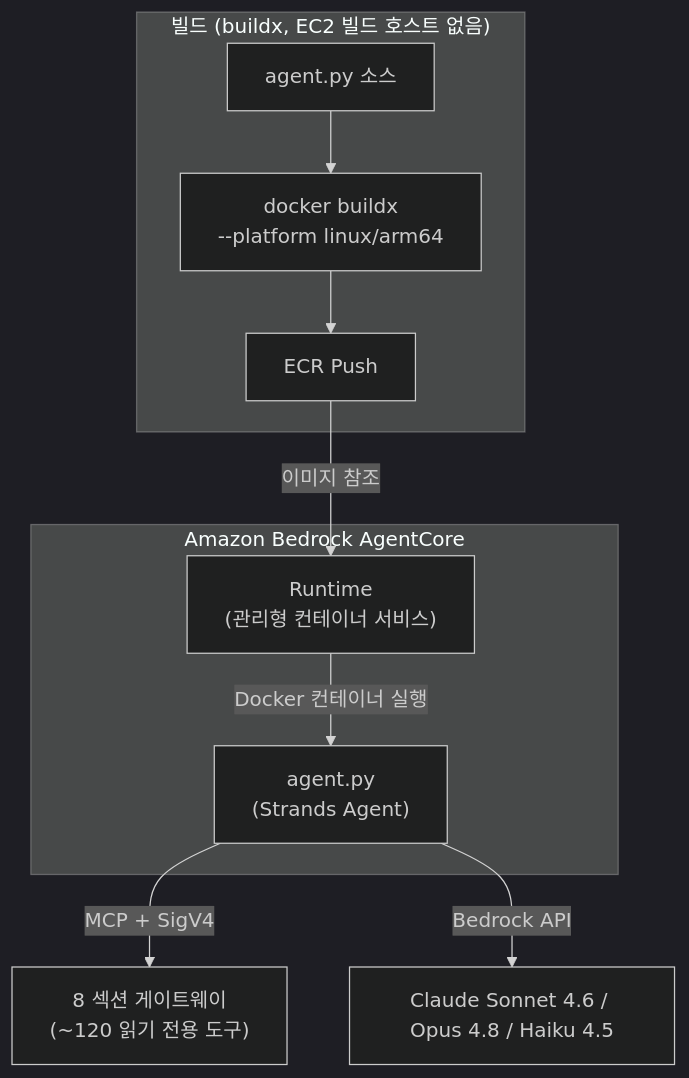
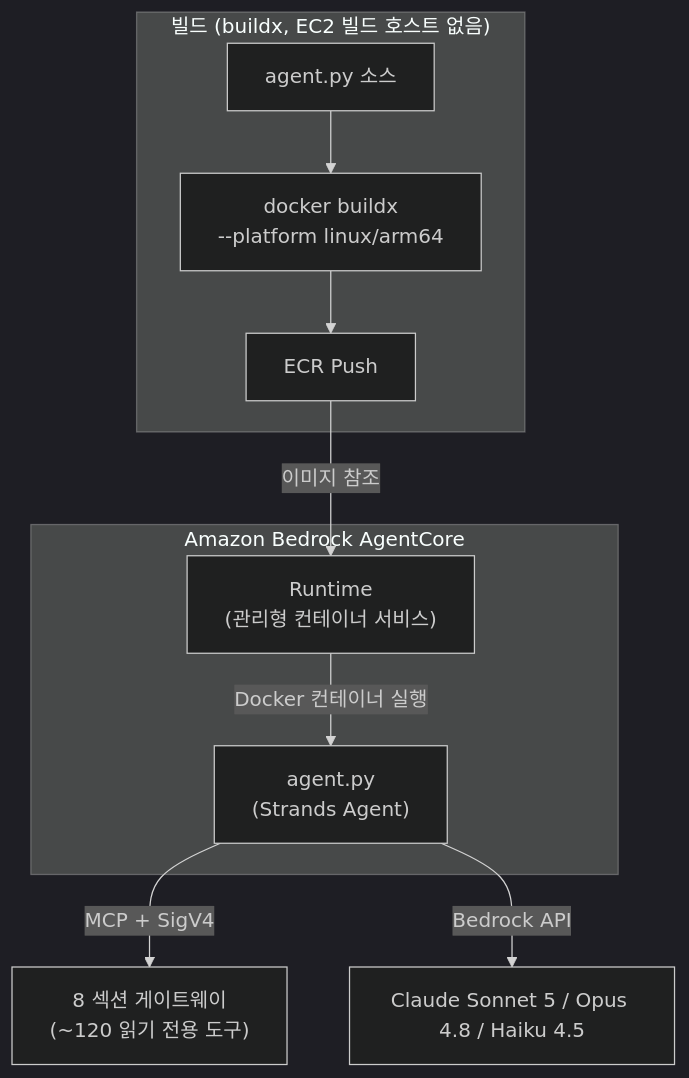
One commit to Atom-oh/awsops changed the second of 7 diagrams in docs-site/docs/faq/agentcore-memory.md. Above: the diagram before and after it, drawn with Mermaid (dark theme). The commit also changed 66 other files, not shown here.

````diff
--- a/docs-site/docs/faq/agentcore-memory.md
+++ b/docs-site/docs/faq/agentcore-memory.md
@@ -40,17 +40,17 @@
 ```mermaid
 flowchart TD
   subgraph AC["Amazon Bedrock AgentCore"]
     RT["Runtime<br/>(관리형 컨테이너 서비스)"]
     RT -->|"Docker 컨테이너 실행"| AGENT["agent.py<br/>(Strands Agent)"]
   end
 
   subgraph BUILD["빌드 (buildx, EC2 빌드 호스트 없음)"]
     SRC["agent.py 소스"] --> DOCKER["docker buildx<br/>--platform linux/arm64"]
     DOCKER --> ECR["ECR Push"]
   end
 
   ECR -->|"이미지 참조"| RT
 
   AGENT -->|"MCP + SigV4"| GW["8 섹션 게이트웨이<br/>(~120 읽기 전용 도구)"]
-  AGENT -->|"Bedrock API"| MODEL["Claude Sonnet 4.6 / Opus 4.8 / Haiku 4.5"]
+  AGENT -->|"Bedrock API"| MODEL["Claude Sonnet 5 / Opus 4.8 / Haiku 4.5"]
 ```
````
